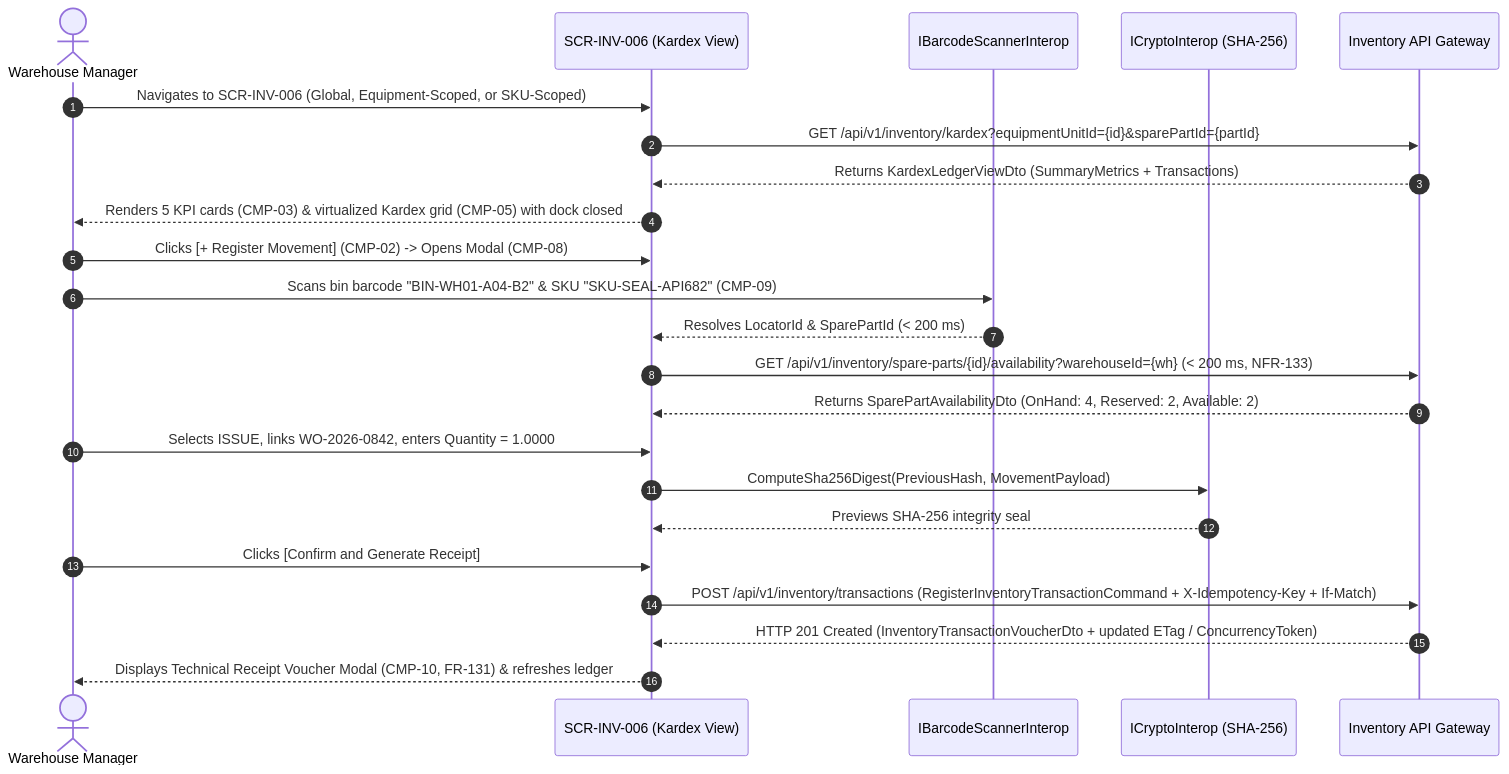
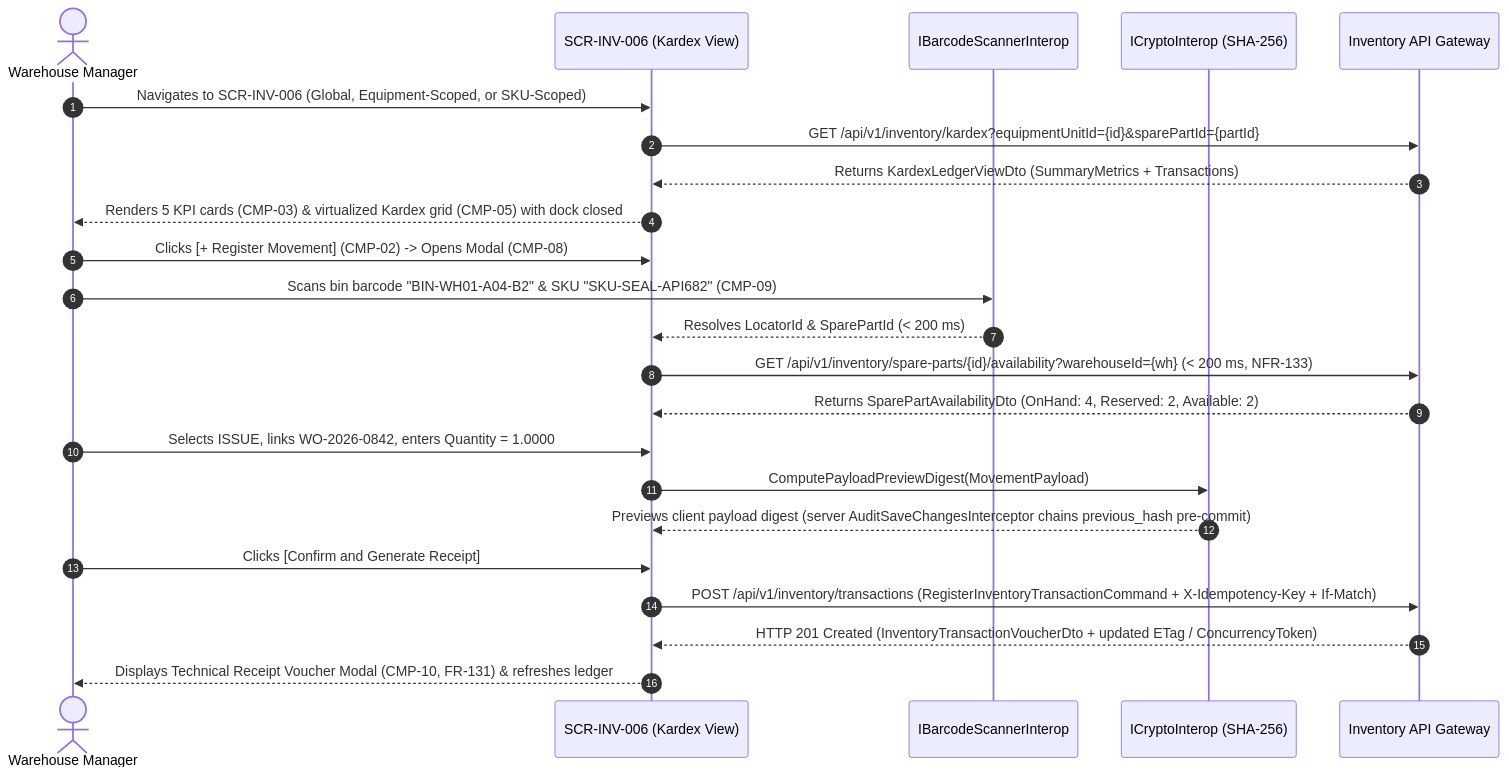
One commit to Novav20/adso-dteam-docs changed the diagram in ui-ux/screens/inv/SCR-INV-006.md. Above: the diagram before and after it, drawn with Mermaid. The commit also changed other lines of this file and 6 other files, not shown here.

Commit message:
docs(arch,ui-ux): switch to IEndpointFilter, sync SignalR registry, and remove client PreviousHash

````diff
--- a/ui-ux/screens/inv/SCR-INV-006.md
+++ b/ui-ux/screens/inv/SCR-INV-006.md
@@ -238,26 +238,26 @@
 ```mermaid
 sequenceDiagram
     autonumber
     actor WM as Warehouse Manager
     participant UI as SCR-INV-006 (Kardex View)
     participant Scanner as IBarcodeScannerInterop
     participant Crypto as ICryptoInterop (SHA-256)
     participant API as Inventory API Gateway
 
     WM->>UI: Navigates to SCR-INV-006 (Global, Equipment-Scoped, or SKU-Scoped)
     UI->>API: GET /api/v1/inventory/kardex?equipmentUnitId={id}&sparePartId={partId}
     API-->>UI: Returns KardexLedgerViewDto (SummaryMetrics + Transactions)
     UI-->>WM: Renders 5 KPI cards (CMP-03) & virtualized Kardex grid (CMP-05) with dock closed
     WM->>UI: Clicks [+ Register Movement] (CMP-02) -> Opens Modal (CMP-08)
     WM->>Scanner: Scans bin barcode "BIN-WH01-A04-B2" & SKU "SKU-SEAL-API682" (CMP-09)
     Scanner-->>UI: Resolves LocatorId & SparePartId (< 200 ms)
     UI->>API: GET /api/v1/inventory/spare-parts/{id}/availability?warehouseId={wh} (< 200 ms, NFR-133)
     API-->>UI: Returns SparePartAvailabilityDto (OnHand: 4, Reserved: 2, Available: 2)
     WM->>UI: Selects ISSUE, links WO-2026-0842, enters Quantity = 1.0000
-    UI->>Crypto: ComputeSha256Digest(PreviousHash, MovementPayload)
-    Crypto-->>UI: Previews SHA-256 integrity seal
+    UI->>Crypto: ComputePayloadPreviewDigest(MovementPayload)
+    Crypto-->>UI: Previews client payload digest (server AuditSaveChangesInterceptor chains previous_hash pre-commit)
     WM->>UI: Clicks [Confirm and Generate Receipt]
     UI->>API: POST /api/v1/inventory/transactions (RegisterInventoryTransactionCommand + X-Idempotency-Key + If-Match)
     API-->>UI: HTTP 201 Created (InventoryTransactionVoucherDto + updated ETag / ConcurrencyToken)
     UI-->>WM: Displays Technical Receipt Voucher Modal (CMP-10, FR-131) & refreshes ledger
 ```
````
